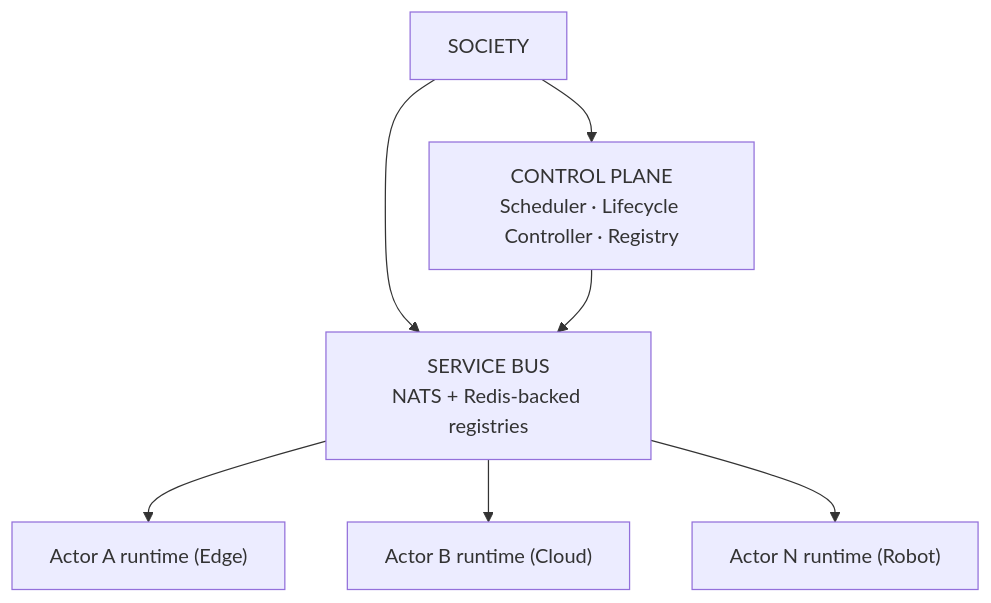
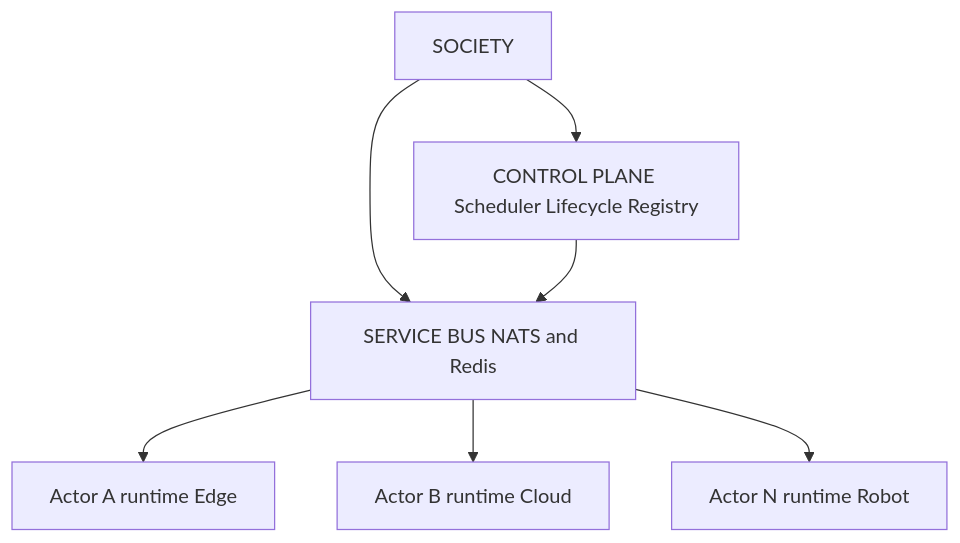
One commit to monkeypatched-stack/cogitive-os changed diagram 11 of 22 in docs/DIAGRAMS.md. Above: the diagram before and after it, drawn with Mermaid. The commit also changed other lines of this file, not shown here.

Commit message:
adding diagrams

````diff
--- a/docs/DIAGRAMS.md
+++ b/docs/DIAGRAMS.md
@@ -357,12 +409,16 @@
 ```mermaid
-graph TB
+flowchart TB
     SOC["SOCIETY"]
-    CP["CONTROL PLANE<br/>Scheduler · Lifecycle Controller · Registry"]
-    BUS["SERVICE BUS<br/>NATS + Redis-backed registries"]
+    CP["CONTROL PLANE Scheduler Lifecycle Registry"]
+    BUS["SERVICE BUS NATS and Redis"]
+    A["Actor A runtime Edge"]
+    B["Actor B runtime Cloud"]
+    N["Actor N runtime Robot"]
+
     SOC --> CP
     SOC --> BUS
     CP --> BUS
-    BUS --> A["Actor A runtime (Edge)"]
-    BUS --> B["Actor B runtime (Cloud)"]
-    BUS --> N["Actor N runtime (Robot)"]
+    BUS --> A
+    BUS --> B
+    BUS --> N
 ```
````
